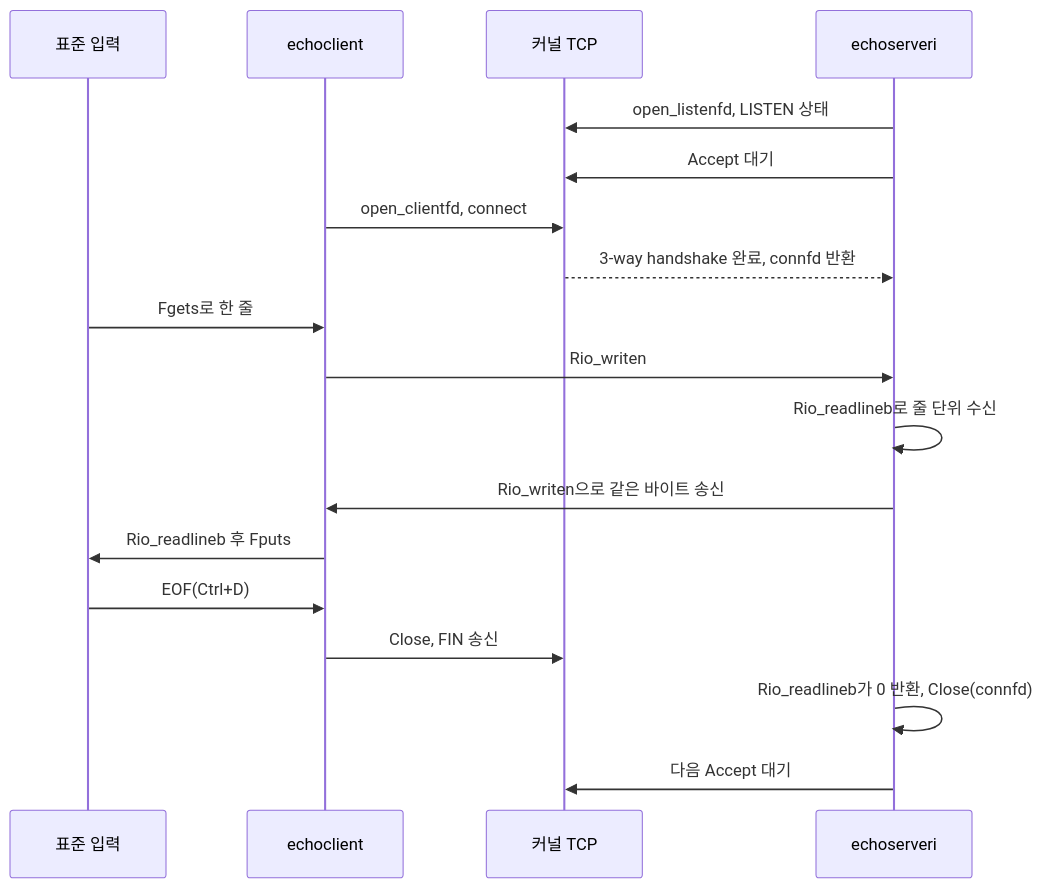
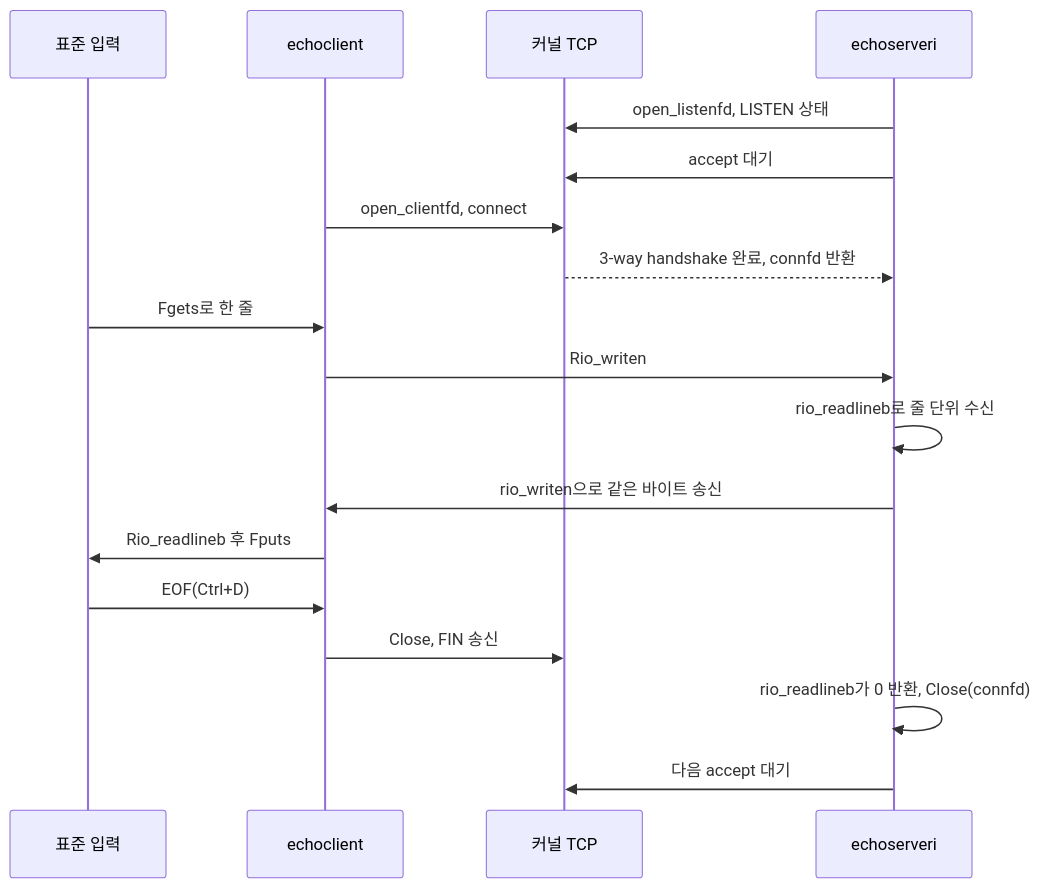
Before and after one commit to choimoohun/SW-AI-W13-Web-Server: the second of 2 diagrams in docs/tcp-socket-server/design.md, drawn with Mermaid. The commit also changed 14 other files, not shown here.

````diff
--- a/docs/tcp-socket-server/design.md
+++ b/docs/tcp-socket-server/design.md
@@ -80,21 +80,21 @@
 ```mermaid
 sequenceDiagram
     participant User as 표준 입력
     participant C as echoclient
     participant K as 커널 TCP
     participant S as echoserveri
 
     S->>K: open_listenfd, LISTEN 상태
-    S->>K: Accept 대기
+    S->>K: accept 대기
     C->>K: open_clientfd, connect
     K-->>S: 3-way handshake 완료, connfd 반환
     User->>C: Fgets로 한 줄
     C->>S: Rio_writen
-    S->>S: Rio_readlineb로 줄 단위 수신
-    S->>C: Rio_writen으로 같은 바이트 송신
+    S->>S: rio_readlineb로 줄 단위 수신
+    S->>C: rio_writen으로 같은 바이트 송신
     C->>User: Rio_readlineb 후 Fputs
     User->>C: EOF(Ctrl+D)
     C->>K: Close, FIN 송신
-    S->>S: Rio_readlineb가 0 반환, Close(connfd)
-    S->>K: 다음 Accept 대기
+    S->>S: rio_readlineb가 0 반환, Close(connfd)
+    S->>K: 다음 accept 대기
 ```
````
